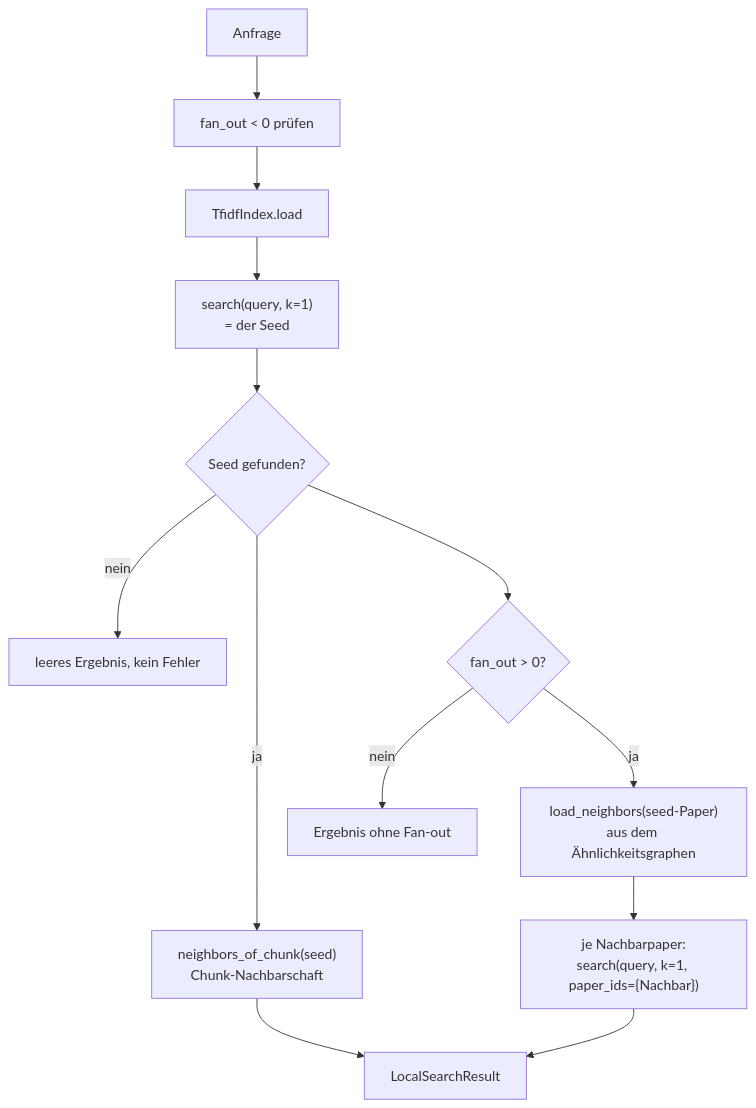
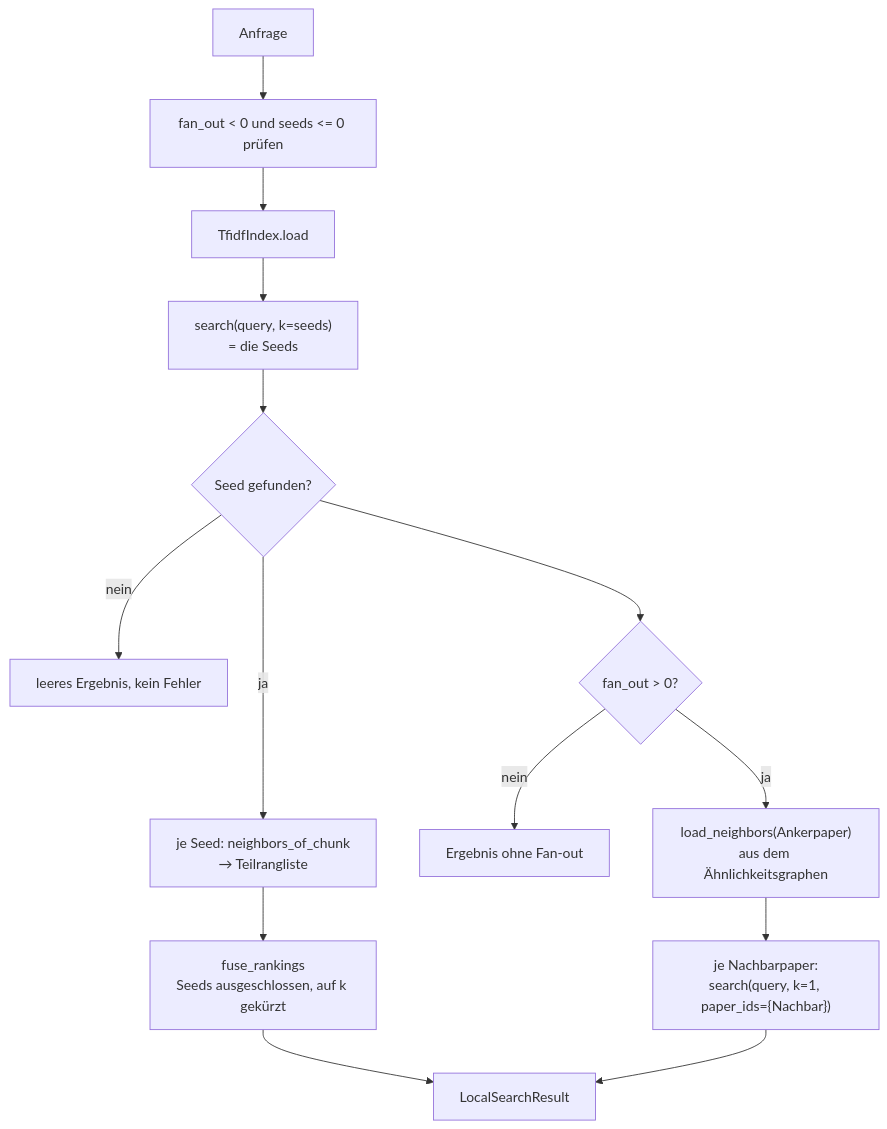
Before and after one commit to MomoEngineer/research-graphrag: the first of 2 diagrams in src/research_graphrag/retrieval/doc/local.md, drawn with Mermaid. The commit also changed other lines of this file and 29 other files, not shown here.

First line of the commit message:
Implement multi-seed support in local search retrieval

````diff
--- a/src/research_graphrag/retrieval/doc/local.md
+++ b/src/research_graphrag/retrieval/doc/local.md
@@ -32,15 +32,16 @@
 ```mermaid
 flowchart TD
-    Q["Anfrage"] --> V["fan_out < 0 prüfen"]
+    Q["Anfrage"] --> V["fan_out < 0 und seeds <= 0 prüfen"]
     V --> L["TfidfIndex.load"]
-    L --> S["search(query, k=1)<br/>= der Seed"]
+    L --> S["search(query, k=seeds)<br/>= die Seeds"]
     S --> E{"Seed gefunden?"}
     E -- nein --> EMPTY["leeres Ergebnis, kein Fehler"]
-    E -- ja --> N["neighbors_of_chunk(seed)<br/>Chunk-Nachbarschaft"]
+    E -- ja --> N["je Seed: neighbors_of_chunk<br/>→ Teilrangliste"]
+    N --> RRF["fuse_rankings<br/>Seeds ausgeschlossen, auf k gekürzt"]
     E --> F{"fan_out > 0?"}
     F -- nein --> R["Ergebnis ohne Fan-out"]
-    F -- ja --> G["load_neighbors(seed-Paper)<br/>aus dem Ähnlichkeitsgraphen"]
+    F -- ja --> G["load_neighbors(Ankerpaper)<br/>aus dem Ähnlichkeitsgraphen"]
     G --> H["je Nachbarpaper:<br/>search(query, k=1, paper_ids={Nachbar})"]
-    N --> R2["LocalSearchResult"]
+    RRF --> R2["LocalSearchResult"]
     H --> R2
 ```
````
